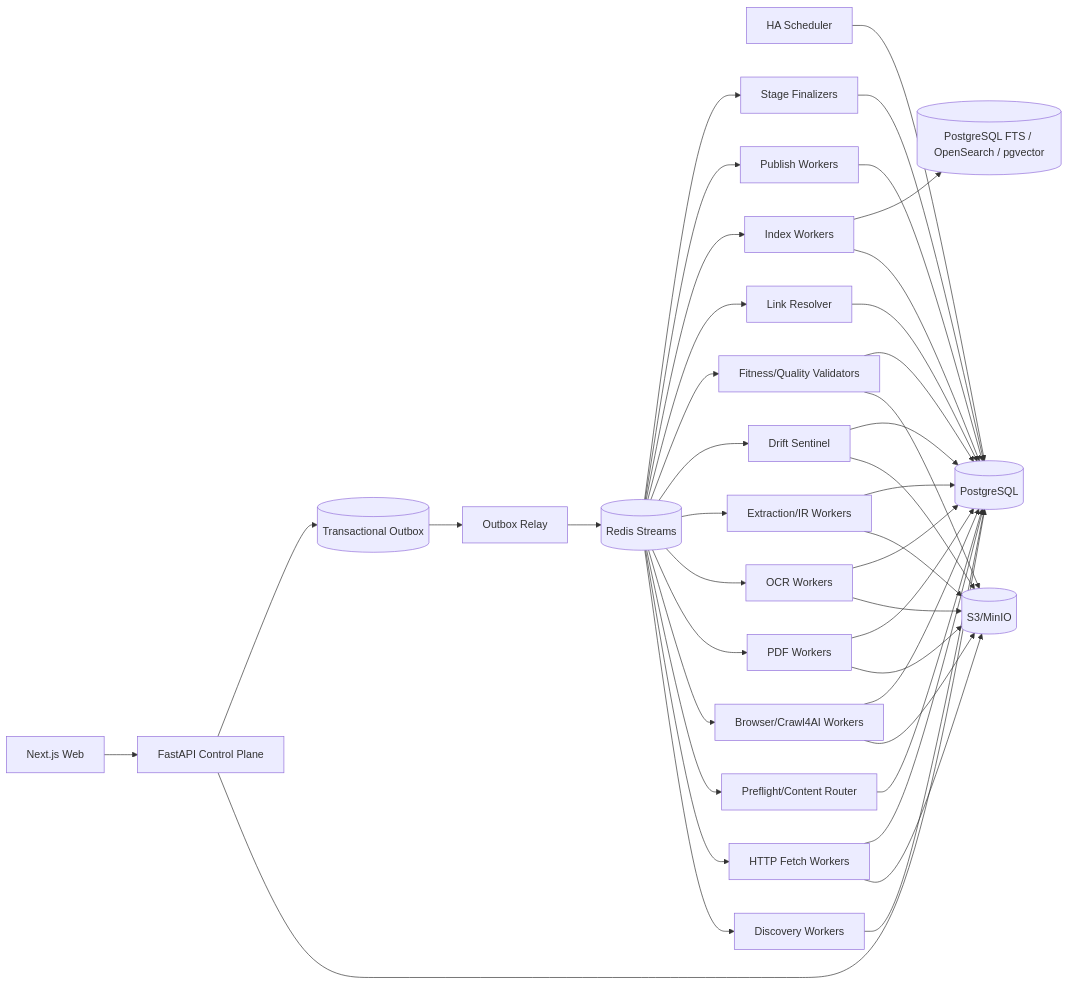
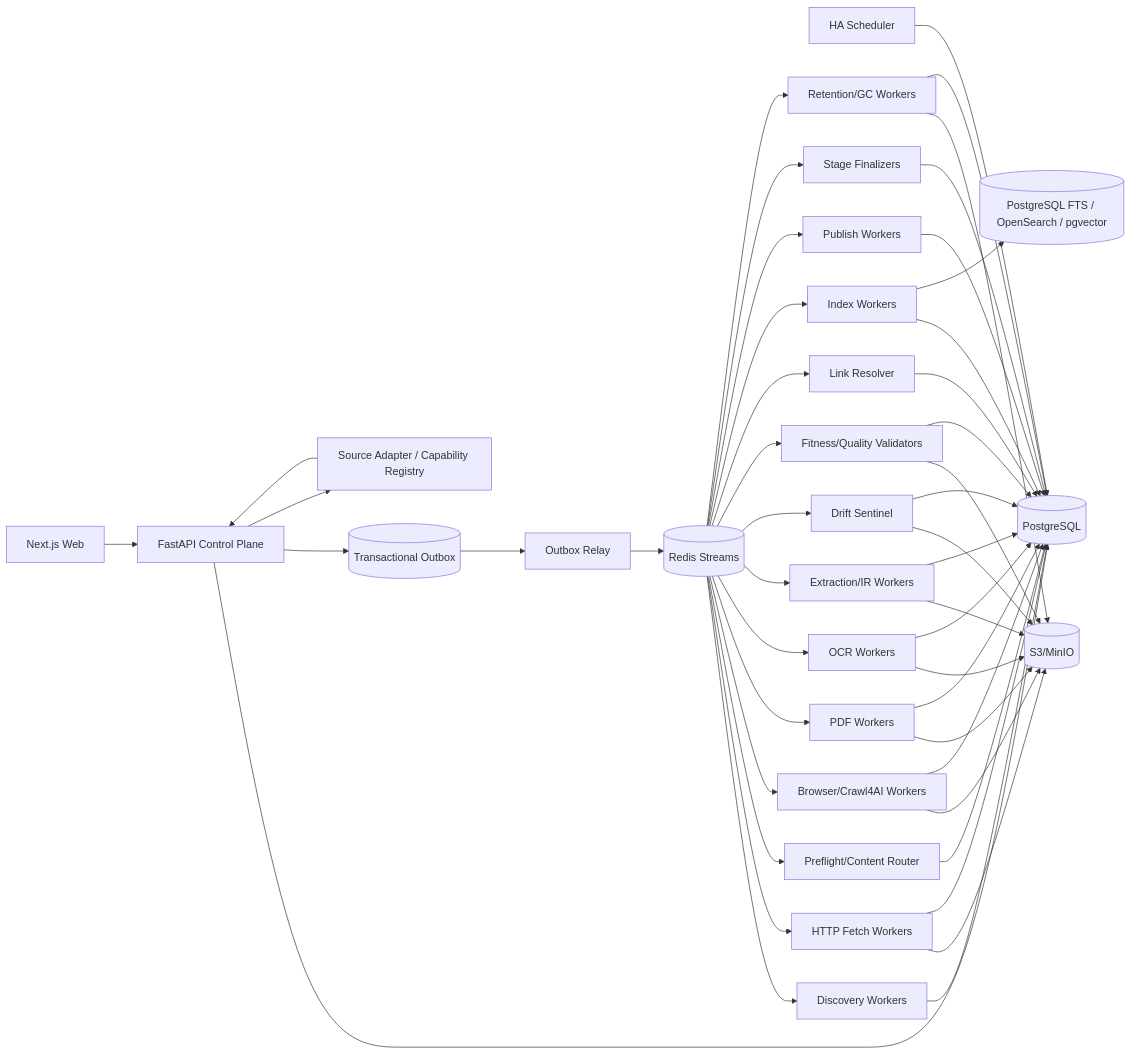
The diagram in 博客知识库技术方案.md (WorkerXu/my-doc), drawn with Mermaid before and after one commit. The commit also changed other lines of this file, not shown here.

````diff
--- a/博客知识库技术方案.md
+++ b/博客知识库技术方案.md
@@ -49,48 +51,54 @@
 ```mermaid
 flowchart LR
     UI[Next.js Web] --> API[FastAPI Control Plane]
     API --> PG[(PostgreSQL)]
     API --> OUT[(Transactional Outbox)]
 
     SCH[HA Scheduler] --> PG
     OUT --> RELAY[Outbox Relay]
     RELAY --> Q[(Redis Streams)]
+
+    REG[Source Adapter / Capability Registry] --> API
+    API --> REG
 
     Q --> DW[Discovery Workers]
     Q --> HF[HTTP Fetch Workers]
     Q --> RT[Preflight/Content Router]
     Q --> BW[Browser/Crawl4AI Workers]
     Q --> PDF[PDF Workers]
     Q --> OCR[OCR Workers]
     Q --> EX[Extraction/IR Workers]
     Q --> DS[Drift Sentinel]
     Q --> QV[Fitness/Quality Validators]
     Q --> LR[Link Resolver]
     Q --> IX[Index Workers]
     Q --> PB[Publish Workers]
     Q --> FIN[Stage Finalizers]
+    Q --> GC[Retention/GC Workers]
 
     HF --> OBJ[(S3/MinIO)]
     BW --> OBJ
     PDF --> OBJ
     OCR --> OBJ
     EX --> OBJ
     DS --> OBJ
     QV --> OBJ
+    GC --> OBJ
 
     DW --> PG
     HF --> PG
     RT --> PG
     BW --> PG
     PDF --> PG
     OCR --> PG
     EX --> PG
     DS --> PG
     QV --> PG
     LR --> PG
     IX --> PG
     PB --> PG
     FIN --> PG
+    GC --> PG
 
     IX --> SEARCH[(PostgreSQL FTS / OpenSearch / pgvector)]
 ```
````
